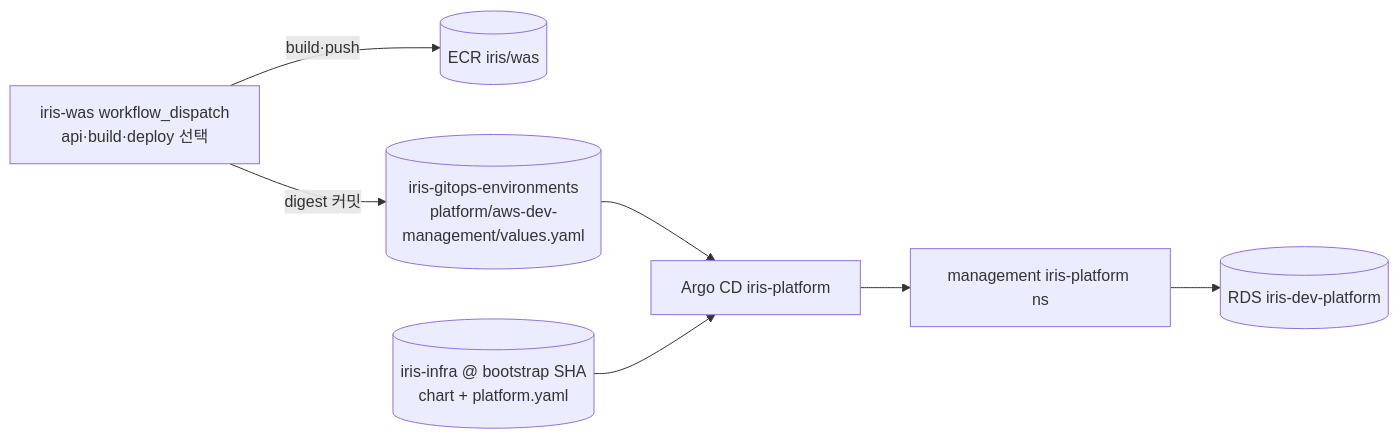
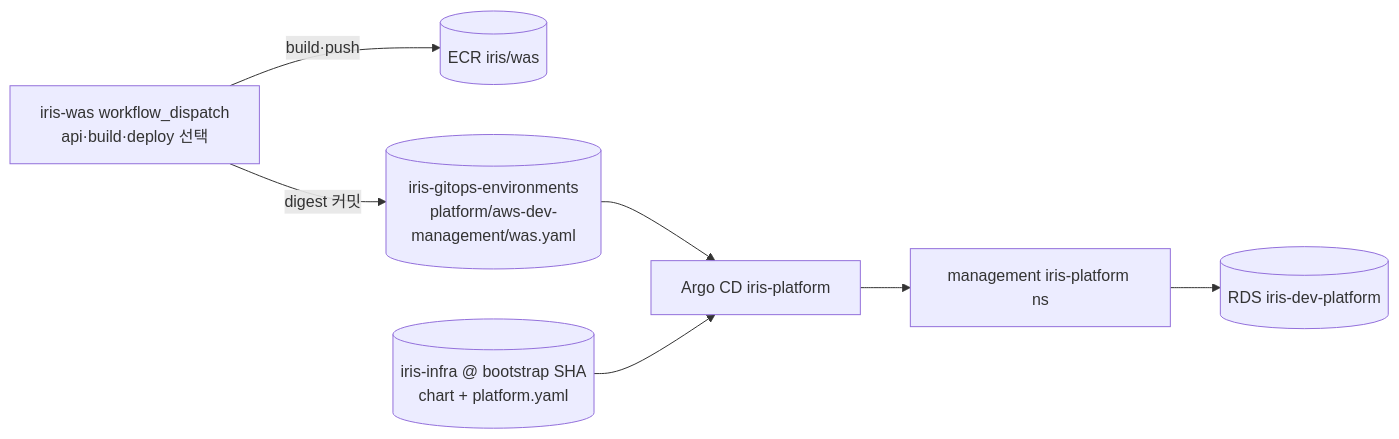
Before and after one commit to 2026-softbank-1/iris-infra: the diagram in docs/runbooks/deploy-platform.md, drawn with Mermaid. The commit also changed other lines of this file and 11 other files, not shown here.

First line of the commit message:
refactor(platform): one digest file per service repo

````diff
--- a/docs/runbooks/deploy-platform.md
+++ b/docs/runbooks/deploy-platform.md
@@ -5,9 +5,9 @@
 ```mermaid
 flowchart LR
   W[iris-was workflow_dispatch<br/>api·build·deploy 선택] -->|build·push| ECR[(ECR iris/was)]
-  W -->|digest 커밋| G[(iris-gitops-environments<br/>platform/aws-dev-management/values.yaml)]
+  W -->|digest 커밋| G[(iris-gitops-environments<br/>platform/aws-dev-management/was.yaml)]
   G --> A[Argo CD iris-platform]
   I[(iris-infra @ bootstrap SHA<br/>chart + platform.yaml)] --> A
   A --> P[management iris-platform ns]
   P --> DB[(RDS iris-dev-platform)]
 ```
````
